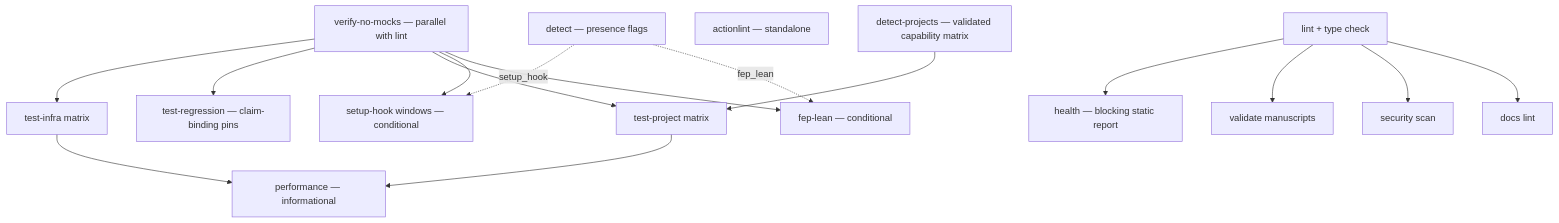
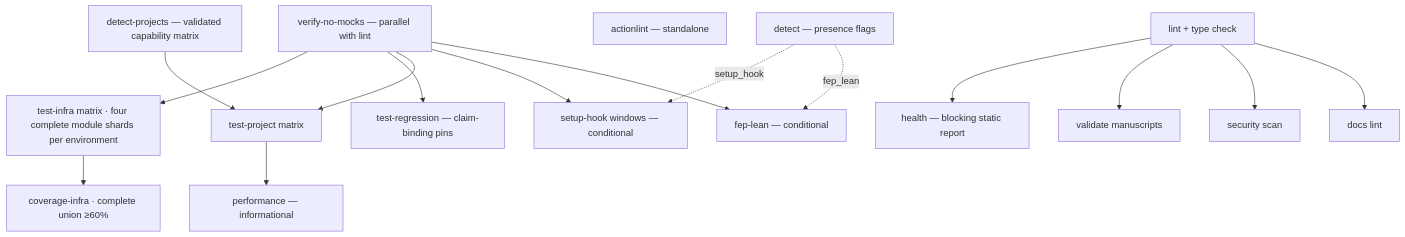
One commit to docxology/template changed the eighth of 8 diagrams in .github/README.md. Above: the diagram before and after it, drawn with Mermaid. The commit also changed other lines of this file and 1600 other files, not shown here.

````diff
--- a/.github/README.md
+++ b/.github/README.md
@@ -925,32 +934,33 @@
 ```mermaid
 flowchart TB
     D[detect — presence flags]
     DP[detect-projects — validated capability matrix]
     AL[actionlint — standalone]
     L[lint + type check]
     H[health — blocking static report]
     VNM[verify-no-mocks — parallel with lint]
     SH[setup-hook windows — conditional]
-    TI[test-infra matrix]
+    TI[test-infra matrix · four complete module shards per environment]
+    IC[coverage-infra · complete union ≥60%]
     TR[test-regression — claim-binding pins]
     TP[test-project matrix]
     FL[fep-lean — conditional]
     VM[validate manuscripts]
     SS[security scan]
     DL[docs lint]
     PC[performance — informational]
     L --> H
     L --> VM
     L --> SS
     L --> DL
     VNM --> TI
     VNM --> TR
     VNM --> TP
     VNM --> SH
     VNM --> FL
     D -. setup_hook .-> SH
     D -. fep_lean .-> FL
     DP --> TP
-    TI --> PC
+    TI --> IC
     TP --> PC
 ```
````
